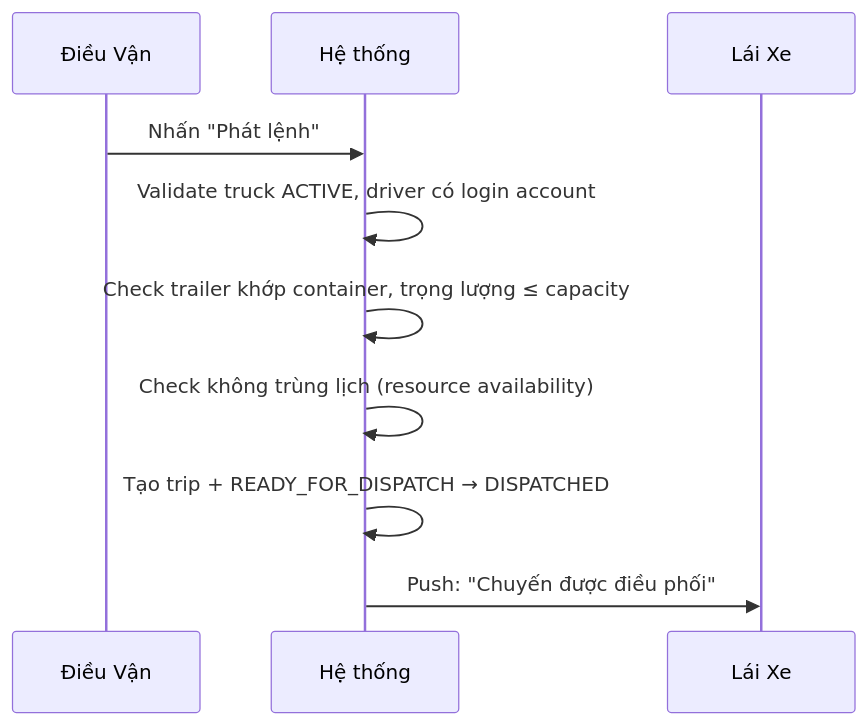
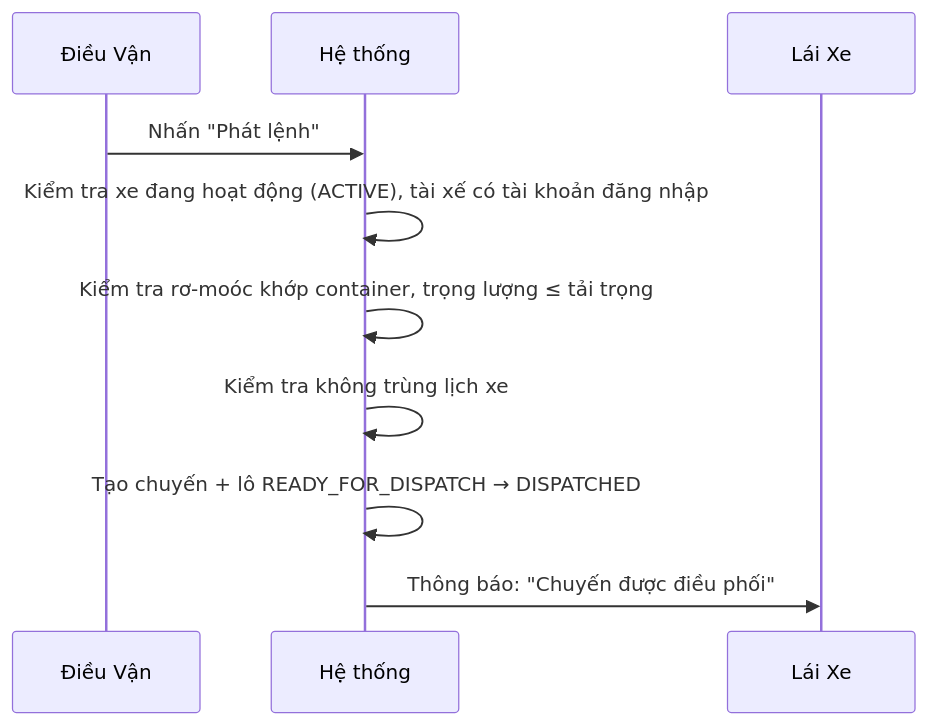
The fourth of 7 diagrams in docs/prd/quy-trinh-cus-dieuvan-laixe.md (4rankng/silversea), drawn with Mermaid before and after one commit. The commit also changed other lines of this file, not shown here.

Commit message:
docs(prd): O2C — lái xe tự đóng chuyến, sơ đồ tương tác tổng quan, thuần tiếng Việt

````diff
--- a/docs/prd/quy-trinh-cus-dieuvan-laixe.md
+++ b/docs/prd/quy-trinh-cus-dieuvan-laixe.md
@@ -144,13 +148,13 @@
 ```mermaid
 sequenceDiagram
     participant DV as Điều Vận
     participant SYS as Hệ thống
     participant LX as Lái Xe
 
     DV->>SYS: Nhấn "Phát lệnh"
-    SYS->>SYS: Validate truck ACTIVE, driver có login account
-    SYS->>SYS: Check trailer khớp container, trọng lượng ≤ capacity
-    SYS->>SYS: Check không trùng lịch (resource availability)
-    SYS->>SYS: Tạo trip + READY_FOR_DISPATCH → DISPATCHED
-    SYS->>LX: Push: "Chuyến được điều phối"
+    SYS->>SYS: Kiểm tra xe đang hoạt động (ACTIVE), tài xế có tài khoản đăng nhập
+    SYS->>SYS: Kiểm tra rơ-moóc khớp container, trọng lượng ≤ tải trọng
+    SYS->>SYS: Kiểm tra không trùng lịch xe
+    SYS->>SYS: Tạo chuyến + lô READY_FOR_DISPATCH → DISPATCHED
+    SYS->>LX: Thông báo: "Chuyến được điều phối"
 ```
````
